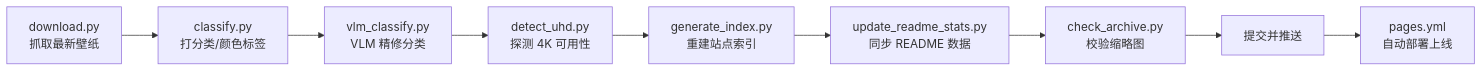
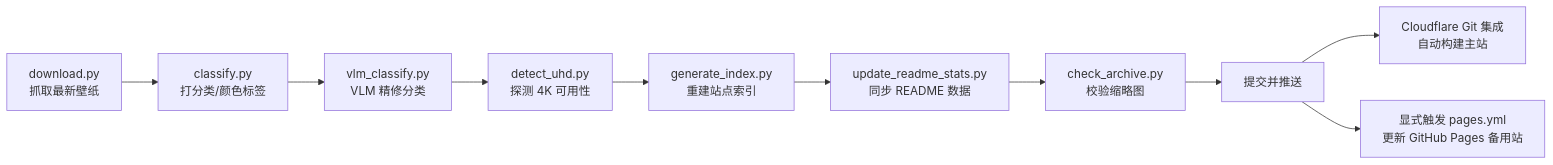
The diagram in README.md (ygnstudio/bing_wallpaper_archive), drawn with Mermaid before and after one commit. The commit also changed other lines of this file and 11 other files, not shown here.

````diff
--- a/README.md
+++ b/README.md
@@ -61,11 +65,12 @@
 ```mermaid
 flowchart LR
     A[download.py<br>抓取最新壁纸] --> B[classify.py<br>打分类/颜色标签]
     B --> B2[vlm_classify.py<br>VLM 精修分类]
     B2 --> D[detect_uhd.py<br>探测 4K 可用性]
     D --> C[generate_index.py<br>重建站点索引]
     C --> E[update_readme_stats.py<br>同步 README 数据]
     E --> F[check_archive.py<br>校验缩略图]
     F --> G[提交并推送]
-    G --> H[pages.yml<br>自动部署上线]
+    G --> H[Cloudflare Git 集成<br>自动构建主站]
+    G --> I[显式触发 pages.yml<br>更新 GitHub Pages 备用站]
 ```
````
